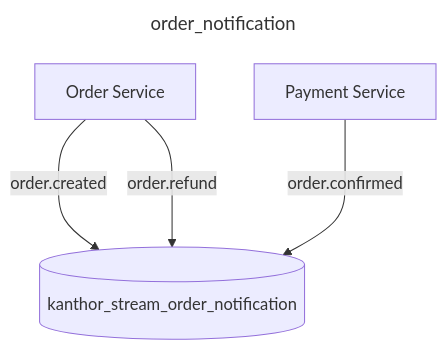
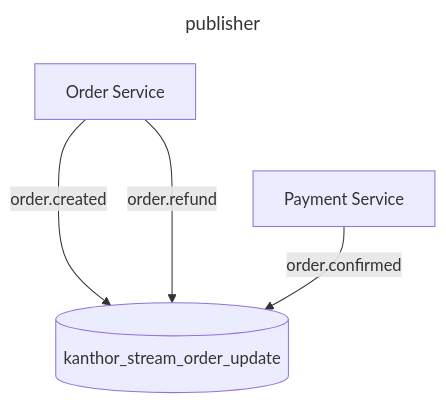
The first of 2 diagrams in website/docs/concepts/002-stream.md (kanthorlabs/kanthorq), drawn with Mermaid before and after one commit. The commit also changed other lines of this file and 4 other files, not shown here.

````diff
--- a/website/docs/concepts/002-stream.md
+++ b/website/docs/concepts/002-stream.md
@@ -12,9 +12,9 @@
 ```mermaid
 ---
-title: order_notification
+title: publisher
 ---
 flowchart TB
-  Order[Order Service] -- order.created ---> order_notification[(kanthor_stream_order_notification)]
-  Order[Order Service] -- order.refund ---> order_notification[(kanthor_stream_order_notification)]
-  Payment[Payment Service] -- order.confirmed ---> order_notification[(kanthor_stream_order_notification)]
+  Order[Order Service] -- order.created ---> order_update[(kanthor_stream_order_update)]
+  Order[Order Service] -- order.refund ---> order_update[(kanthor_stream_order_update)]
+  Payment[Payment Service] -- order.confirmed --> order_update[(kanthor_stream_order_update)]
 ```
````
